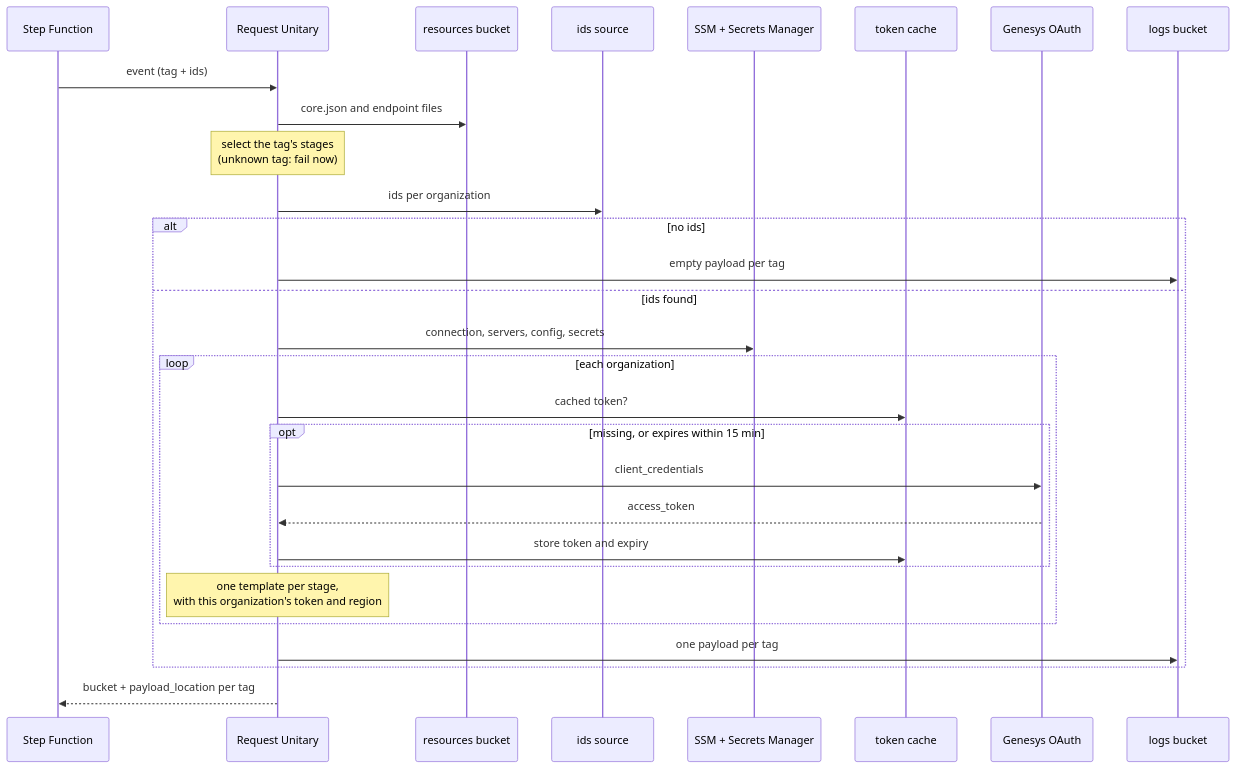
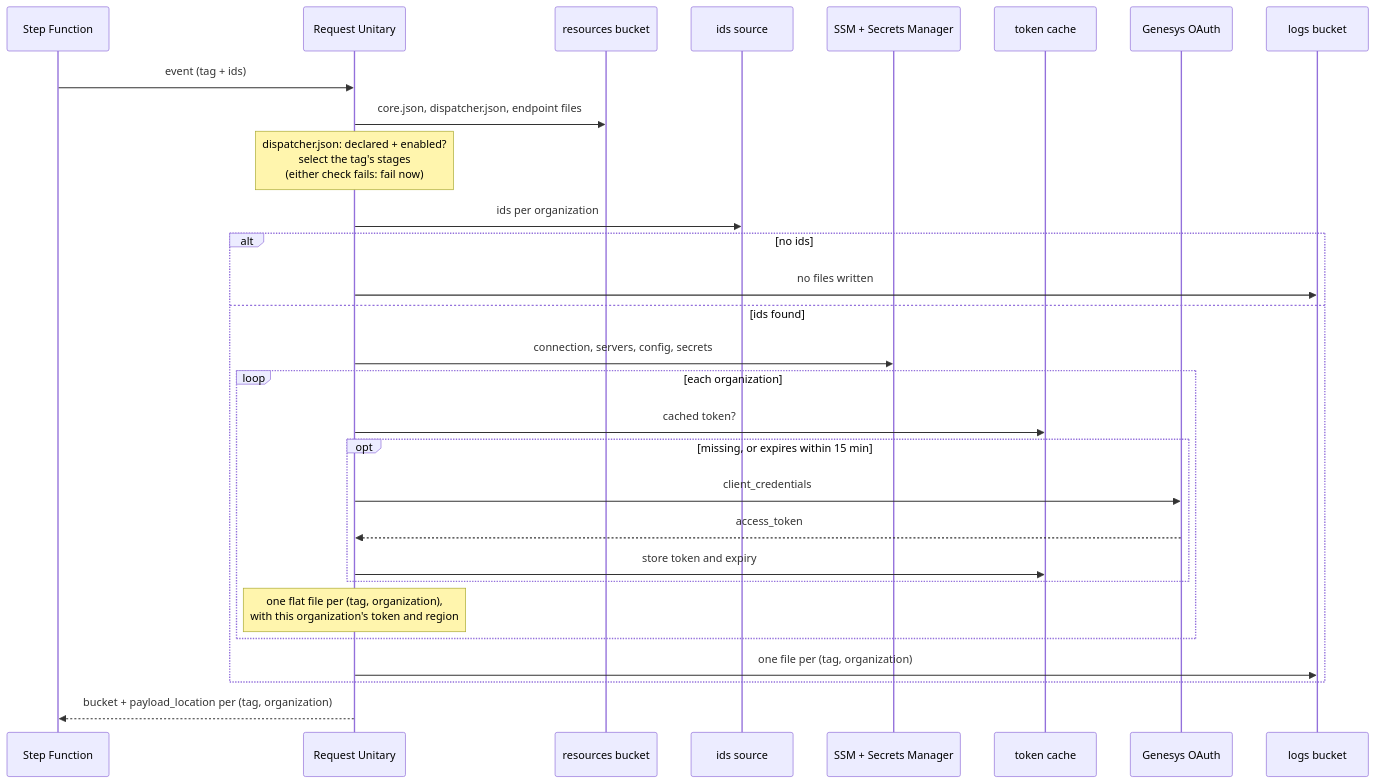
Before and after one commit to DominusChaos1789/genesys-unitary-dispatcher: the second of 5 diagrams in docs/how-it-works.md, drawn with Mermaid. The commit also changed other lines of this file and 21 other files, not shown here.

````diff
--- a/docs/how-it-works.md
+++ b/docs/how-it-works.md
@@ -80,32 +80,32 @@
 ```mermaid
 sequenceDiagram
     participant SFN as Step Function
     participant RU as Request Unitary
     participant RES as resources bucket
     participant SRC as ids source
     participant SSM as SSM + Secrets Manager
     participant DDB as token cache
     participant OAUTH as Genesys OAuth
     participant LOGS as logs bucket
 
     SFN->>RU: event (tag + ids)
-    RU->>RES: core.json and endpoint files
-    Note over RU: select the tag's stages<br/>(unknown tag: fail now)
+    RU->>RES: core.json, dispatcher.json, endpoint files
+    Note over RU: dispatcher.json: declared + enabled?<br/>select the tag's stages<br/>(either check fails: fail now)
     RU->>SRC: ids per organization
     alt no ids
-        RU->>LOGS: empty payload per tag
+        RU->>LOGS: no files written
     else ids found
         RU->>SSM: connection, servers, config, secrets
         loop each organization
             RU->>DDB: cached token?
             opt missing, or expires within 15 min
                 RU->>OAUTH: client_credentials
                 OAUTH-->>RU: access_token
                 RU->>DDB: store token and expiry
             end
-            Note over RU: one template per stage,<br/>with this organization's token and region
+            Note over RU: one flat file per (tag, organization),<br/>with this organization's token and region
         end
-        RU->>LOGS: one payload per tag
+        RU->>LOGS: one file per (tag, organization)
     end
-    RU-->>SFN: bucket + payload_location per tag
+    RU-->>SFN: bucket + payload_location per (tag, organization)
 ```
````
